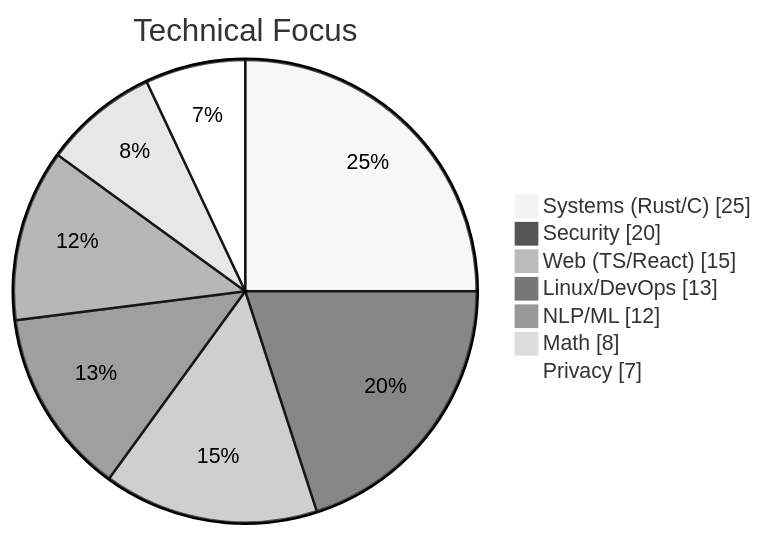
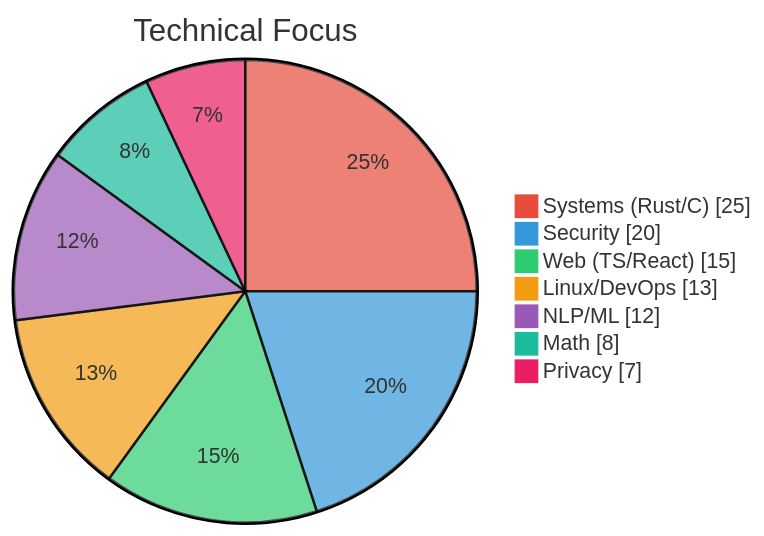
One commit to johnzfitch/johnzfitch changed the diagram in README.md. Above: the diagram before and after it, drawn with Mermaid. The commit also changed other lines of this file, not shown here.

First line of the commit message:
Add projects and fix pie chart colors

````diff
--- a/README.md
+++ b/README.md
@@ -31,12 +31,12 @@
 ```mermaid
-%%{init: {'theme':'neutral'}}%%
+%%{init: {'theme':'base', 'themeVariables': {'pie1': '#e74c3c', 'pie2': '#3498db', 'pie3': '#2ecc71', 'pie4': '#f39c12', 'pie5': '#9b59b6', 'pie6': '#1abc9c', 'pie7': '#e91e63'}}}%%
 pie showData
     title Technical Focus
     "Systems (Rust/C)" : 25
     "Security" : 20
     "Web (TS/React)" : 15
     "Linux/DevOps" : 13
     "NLP/ML" : 12
     "Math" : 8
     "Privacy" : 7
 ```
````
